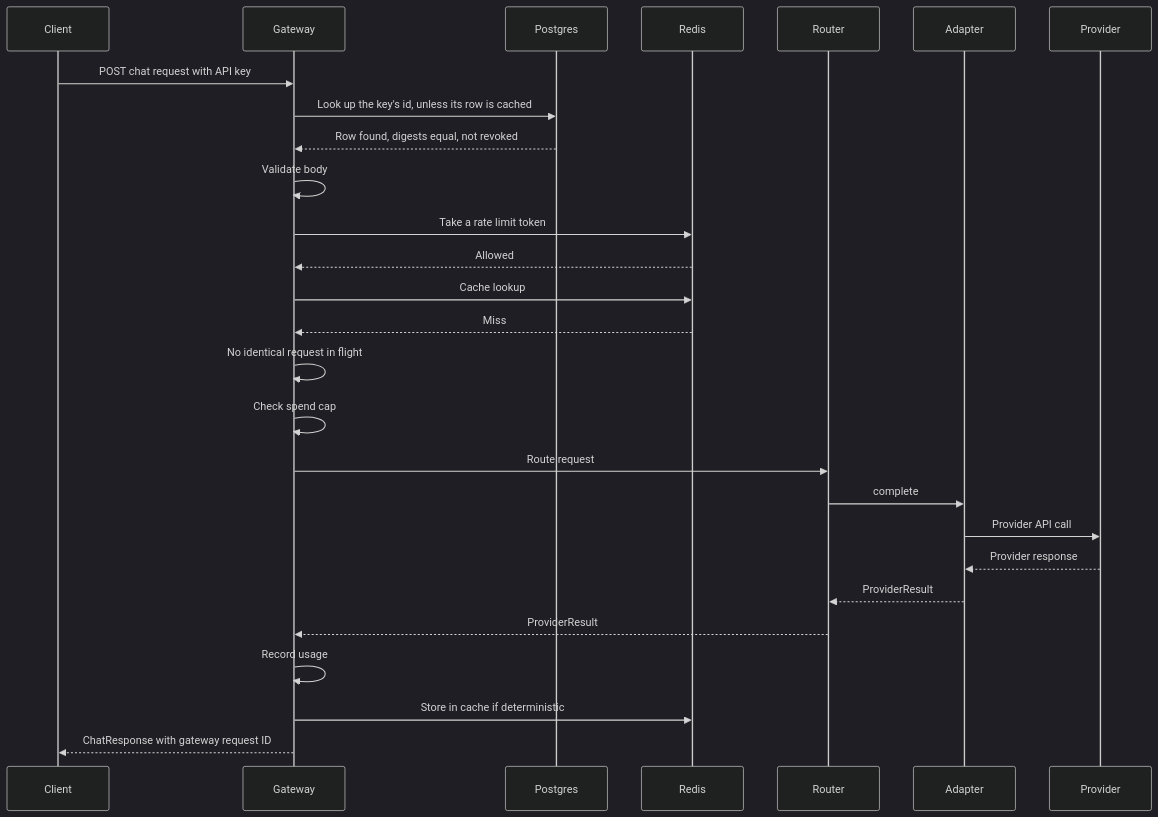
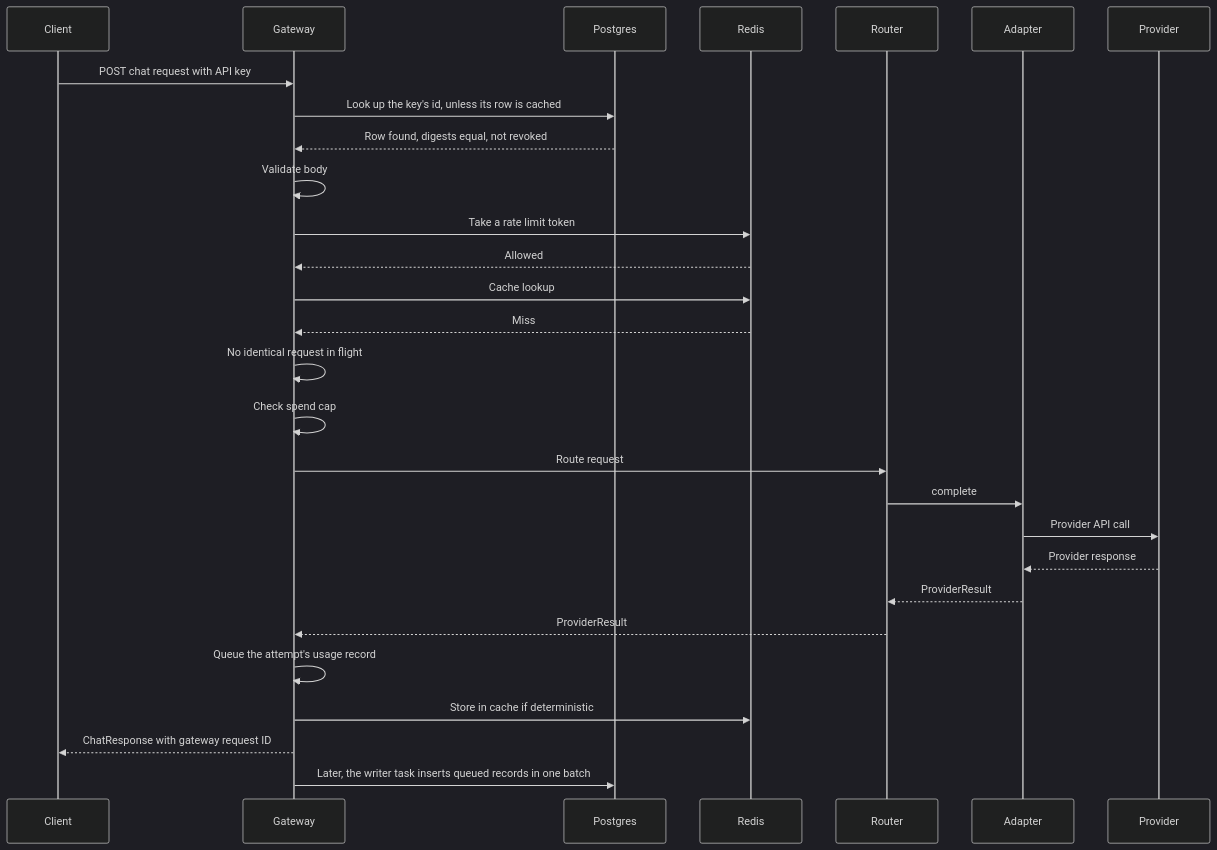
One commit to Jasmeet-011/LLMGateway changed the sixth of 6 diagrams in FLOW.md. Above: the diagram before and after it, drawn with Mermaid (dark theme). The commit also changed other lines of this file and 3 other files, not shown here.

````diff
--- a/FLOW.md
+++ b/FLOW.md
@@ -215,29 +227,30 @@
 ```mermaid
 sequenceDiagram
     participant C as Client
     participant G as Gateway
     participant P as Postgres
     participant R as Redis
     participant RT as Router
     participant A as Adapter
     participant LLM as Provider
     C->>G: POST chat request with API key
     G->>P: Look up the key's id, unless its row is cached
     P-->>G: Row found, digests equal, not revoked
     G->>G: Validate body
     G->>R: Take a rate limit token
     R-->>G: Allowed
     G->>R: Cache lookup
     R-->>G: Miss
     G->>G: No identical request in flight
     G->>G: Check spend cap
     G->>RT: Route request
     RT->>A: complete
     A->>LLM: Provider API call
     LLM-->>A: Provider response
     A-->>RT: ProviderResult
     RT-->>G: ProviderResult
-    G->>G: Record usage
+    G->>G: Queue the attempt's usage record
     G->>R: Store in cache if deterministic
     G-->>C: ChatResponse with gateway request ID
+    G->>P: Later, the writer task inserts queued records in one batch
 ```
````
